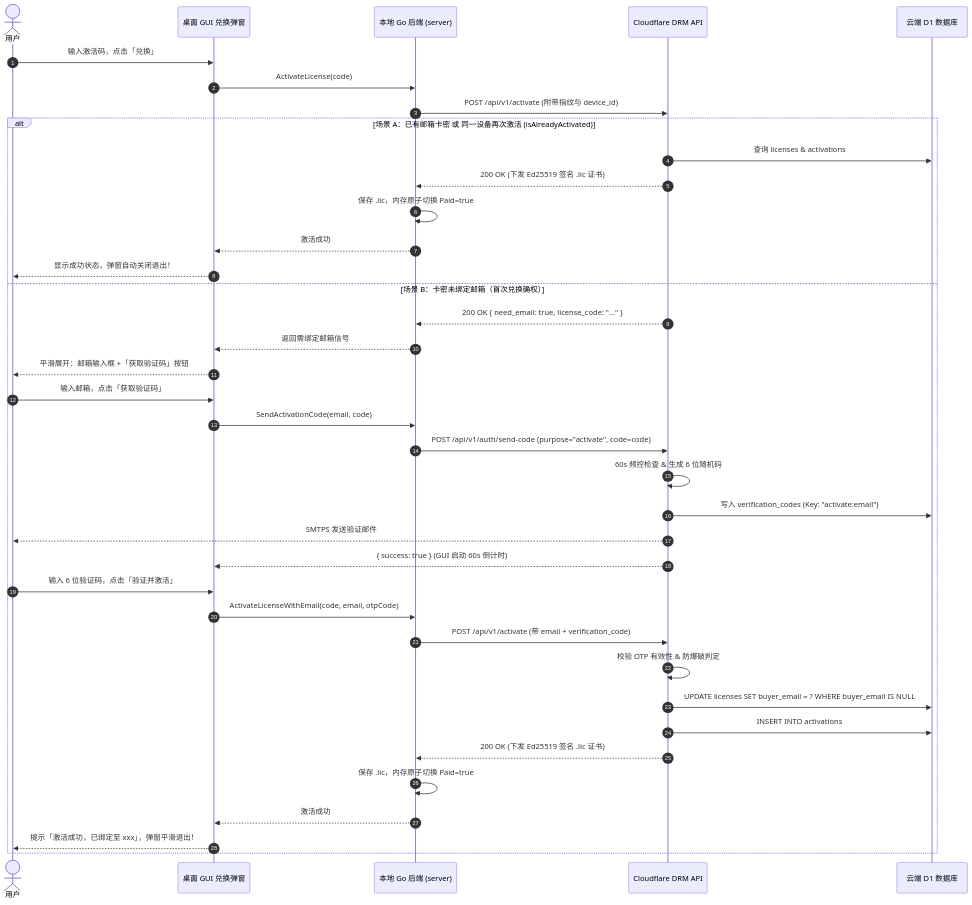
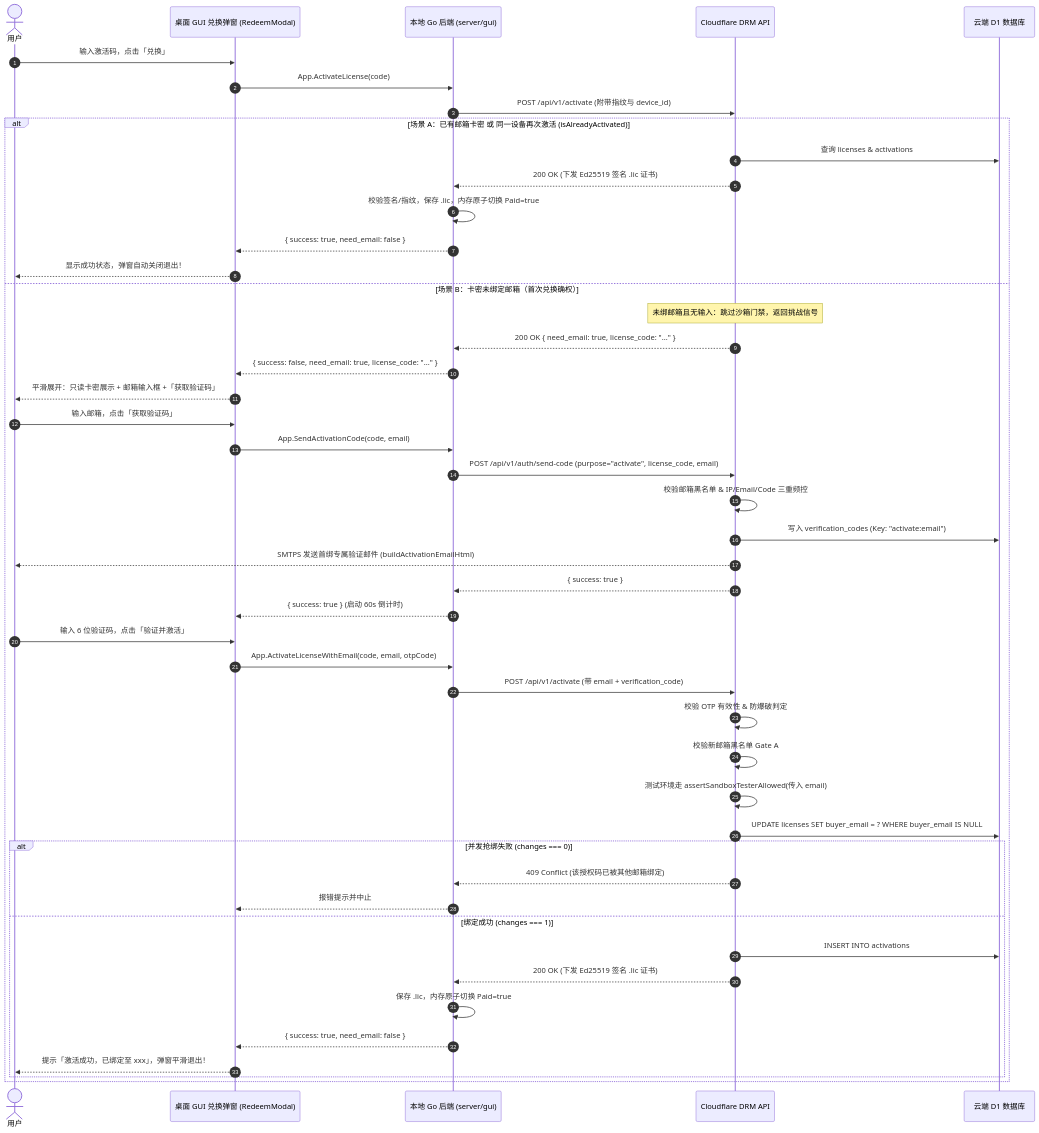
Before and after one commit to forpersuit/eqrcp: the diagram in docs/features/unified-license-activation-and-email-binding.md, drawn with Mermaid. The commit also changed other lines of this file, not shown here.

Commit message:
Review unified license activation and sync architecture feedback

````diff
--- a/docs/features/unified-license-activation-and-email-binding.md
+++ b/docs/features/unified-license-activation-and-email-binding.md
@@ -55,42 +84,54 @@
 ```mermaid
 sequenceDiagram
     autonumber
     actor User as 用户
-    participant GUI as 桌面 GUI 兑换弹窗
-    participant Agent as 本地 Go 后端 (server)
+    participant GUI as 桌面 GUI 兑换弹窗 (RedeemModal)
+    participant Agent as 本地 Go 后端 (server/gui)
     participant DRM as Cloudflare DRM API
     participant D1 as 云端 D1 数据库
 
     User->>GUI: 输入激活码，点击「兑换」
-    GUI->>Agent: ActivateLicense(code)
+    GUI->>Agent: App.ActivateLicense(code)
     Agent->>DRM: POST /api/v1/activate (附带指纹与 device_id)
     
     alt 场景 A：已有邮箱卡密 或 同一设备再次激活 (isAlreadyActivated)
         DRM->>D1: 查询 licenses & activations
         DRM-->>Agent: 200 OK (下发 Ed25519 签名 .lic 证书)
-        Agent->>Agent: 保存 .lic，内存原子切换 Paid=true
-        Agent-->>GUI: 激活成功
+        Agent->>Agent: 校验签名/指纹，保存 .lic，内存原子切换 Paid=true
+        Agent-->>GUI: { success: true, need_email: false }
         GUI-->>User: 显示成功状态，弹窗自动关闭退出！
     else 场景 B：卡密未绑定邮箱（首次兑换确权）
+        Note over DRM: 未绑邮箱且无输入：跳过沙箱门禁，返回挑战信号
         DRM-->>Agent: 200 OK { need_email: true, license_code: "..." }
-        Agent-->>GUI: 返回需绑定邮箱信号
-        GUI-->>User: 平滑展开：邮箱输入框 +「获取验证码」按钮
+        Agent-->>GUI: { success: false, need_email: true, license_code: "..." }
+        GUI-->>User: 平滑展开：只读卡密展示 + 邮箱输入框 +「获取验证码」
+        
         User->>GUI: 输入邮箱，点击「获取验证码」
-        GUI->>Agent: SendActivationCode(email, code)
-        Agent->>DRM: POST /api/v1/auth/send-code (purpose="activate", code=code)
-        DRM->>DRM: 60s 频控检查 & 生成 6 位随机码
+        GUI->>Agent: App.SendActivationCode(code, email)
+        Agent->>DRM: POST /api/v1/auth/send-code (purpose="activate", license_code, email)
+        DRM->>DRM: 校验邮箱黑名单 & IP/Email/Code 三重频控
         DRM->>D1: 写入 verification_codes (Key: "activate:email")
-        DRM-->>User: SMTPS 发送验证邮件
-        DRM-->>GUI: { success: true } (GUI 启动 60s 倒计时)
+        DRM-->>User: SMTPS 发送首绑专属验证邮件 (buildActivationEmailHtml)
+        DRM-->>Agent: { success: true }
+        Agent-->>GUI: { success: true } (启动 60s 倒计时)
+        
         User->>GUI: 输入 6 位验证码，点击「验证并激活」
-        GUI->>Agent: ActivateLicenseWithEmail(code, email, otpCode)
+        GUI->>Agent: App.ActivateLicenseWithEmail(code, email, otpCode)
         Agent->>DRM: POST /api/v1/activate (带 email + verification_code)
         DRM->>DRM: 校验 OTP 有效性 & 防爆破判定
+        DRM->>DRM: 校验新邮箱黑名单 Gate A
+        DRM->>DRM: 测试环境走 assertSandboxTesterAllowed(传入 email)
         DRM->>D1: UPDATE licenses SET buyer_email = ? WHERE buyer_email IS NULL
-        DRM->>D1: INSERT INTO activations
-        DRM-->>Agent: 200 OK (下发 Ed25519 签名 .lic 证书)
-        Agent->>Agent: 保存 .lic，内存原子切换 Paid=true
-        Agent-->>GUI: 激活成功
-        GUI-->>User: 提示「激活成功，已绑定至 xxx」，弹窗平滑退出！
+        
+        alt 并发抢绑失败 (changes === 0)
+            DRM-->>Agent: 409 Conflict (该授权码已被其他邮箱绑定)
+            Agent-->>GUI: 报错提示并中止
+        else 绑定成功 (changes === 1)
+            DRM->>D1: INSERT INTO activations
+            DRM-->>Agent: 200 OK (下发 Ed25519 签名 .lic 证书)
+            Agent->>Agent: 保存 .lic，内存原子切换 Paid=true
+            Agent-->>GUI: { success: true, need_email: false }
+            GUI-->>User: 提示「激活成功，已绑定至 xxx」，弹窗平滑退出！
+        end
     end
 ```
````
